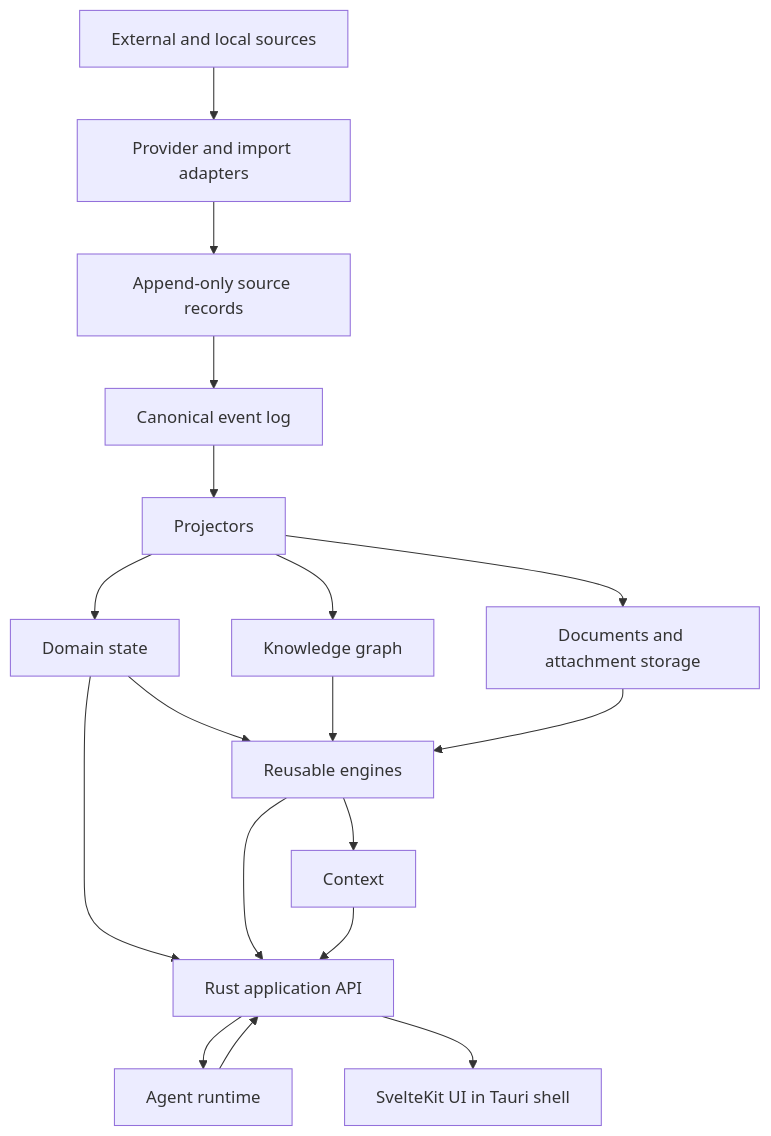
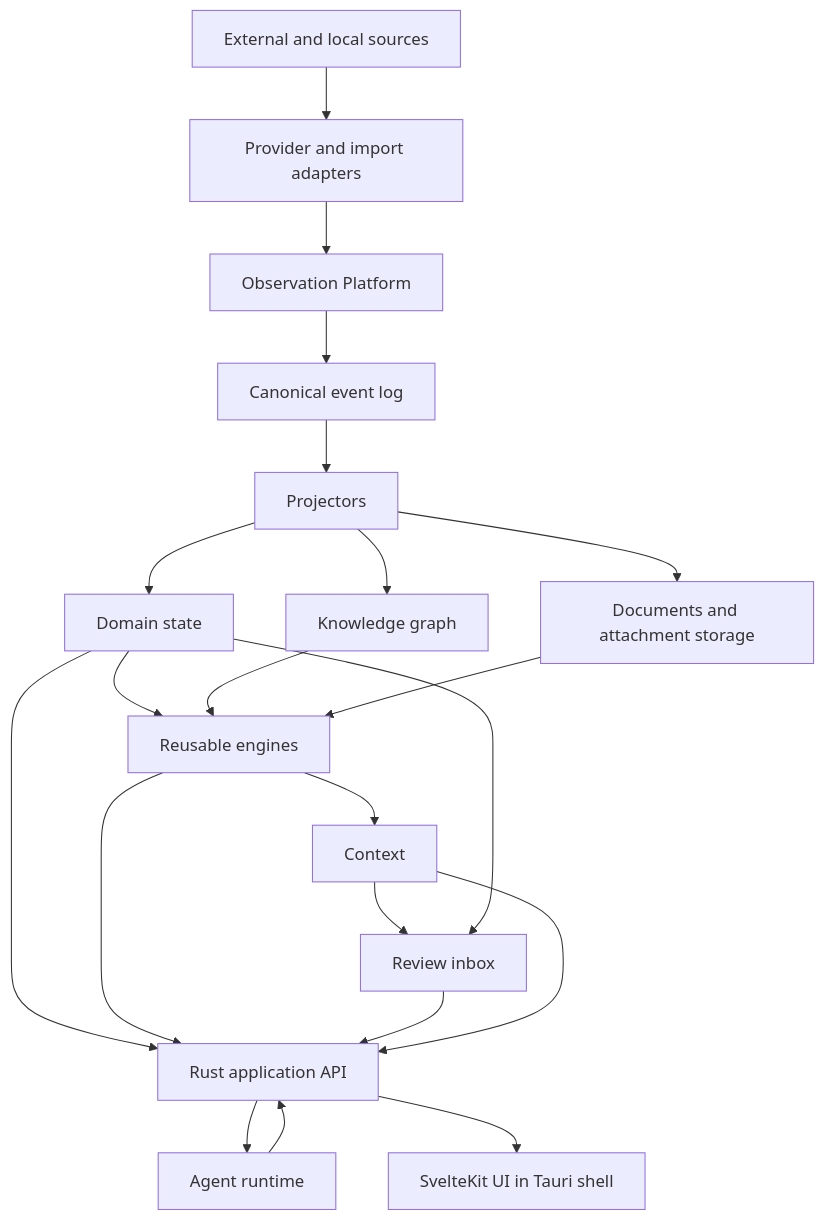
Before and after one commit to Mesteriis/hermes-os: the diagram in docs/architecture/architecture-overview.md, drawn with Mermaid. The commit also changed other lines of this file and 636 other files, not shown here.

Commit message:
Refactor canonical evidence and review architecture

````diff
--- a/docs/architecture/architecture-overview.md
+++ b/docs/architecture/architecture-overview.md
@@ -19,20 +27,23 @@
 ```mermaid
 flowchart TB
     Sources["External and local sources"] --> Adapters["Provider and import adapters"]
-    Adapters --> SourceRecords["Append-only source records"]
-    SourceRecords --> EventLog["Canonical event log"]
+    Adapters --> Observations["Observation Platform"]
+    Observations --> EventLog["Canonical event log"]
     EventLog --> Projectors["Projectors"]
     Projectors --> Domains["Domain state"]
     Projectors --> Graph["Knowledge graph"]
     Projectors --> Objects["Documents and attachment storage"]
     Domains --> Engines["Reusable engines"]
     Graph --> Engines
     Objects --> Engines
     Engines --> Context["Context"]
+    Context --> Review["Review inbox"]
+    Domains --> Review
     Domains --> API["Rust application API"]
     Engines --> API
+    Review --> API
     Context --> API
     API --> Agents["Agent runtime"]
     Agents --> API
     API --> UI["SvelteKit UI in Tauri shell"]
 ```
````
